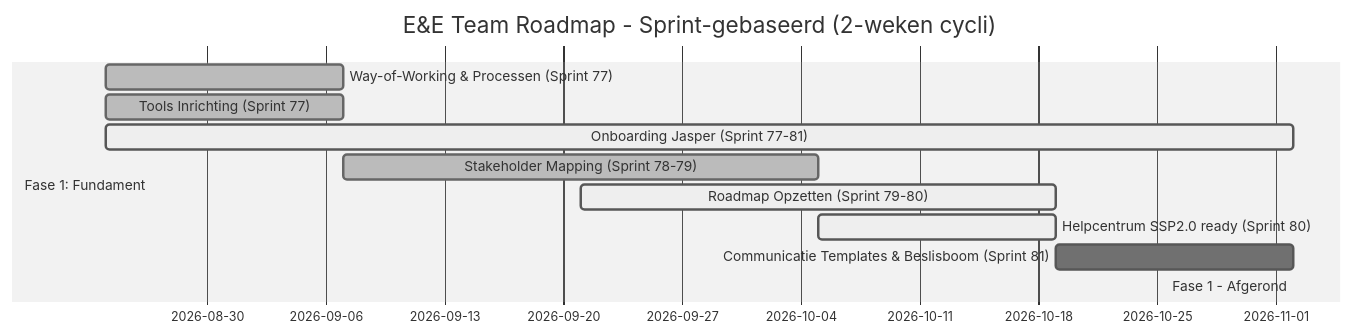
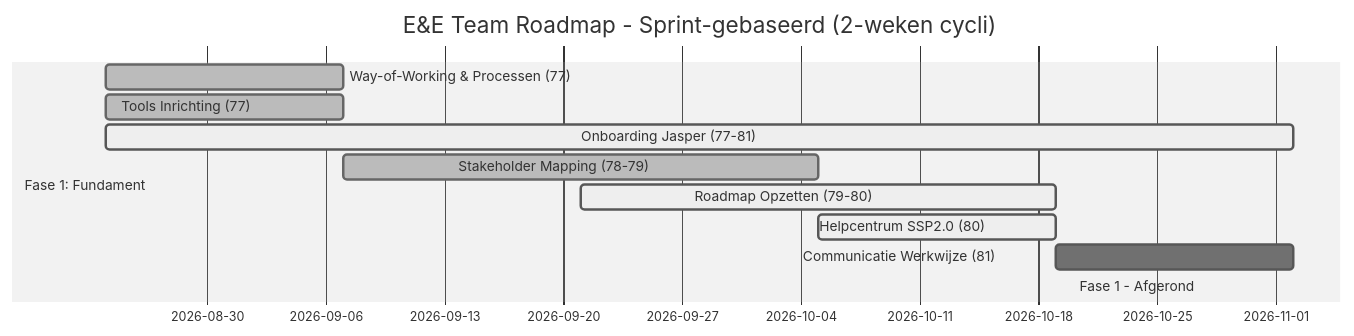
Before and after one commit to hbosscha-personal/enablement-engagement-roadmap: the first of 6 diagrams in ROADMAP.md, drawn with Mermaid (neutral theme). The commit also changed other lines of this file, not shown here.

First line of the commit message:
Refactor roadmap formatting and section details

````diff
--- a/ROADMAP.md
+++ b/ROADMAP.md
@@ -13,24 +14,24 @@
 ```mermaid
 gantt
-    title E&E Team Roadmap - Sprint-gebaseerd (2-weken cycli)
-    dateFormat YYYY-MM-DD
-    todayMarker stroke-width:3px,stroke:#0f0,opacity:0.5
+    title E&E Team Roadmap - Sprint-gebaseerd (2-weken cycli)
+    dateFormat YYYY-MM-DD
+    todayMarker stroke-width:3px,stroke:#0f0,opacity:0.5
 
-    section Fase 1: Fundament
-    Way-of-Working & Processen (Sprint 77)    :done,      p1_wow,    2026-08-24, 2026-09-07
-    Tools Inrichting (Sprint 77)              :done,      p1_tools,  2026-08-24, 2026-09-07
-    Onboarding Jasper (Sprint 77-81)          :active,    p1_onb,    2026-08-24, 2026-11-02
-    Stakeholder Mapping (Sprint 78-79)        :done,      p1_stake,  2026-09-07, 2026-10-05
-    Roadmap Opzetten (Sprint 79-80)           :active,    p1_road,   2026-09-21, 2026-10-19
-    Helpcentrum SSP2.0 ready (Sprint 80)      :active,    p1_ssp,    2026-10-05, 2026-10-19
-    Communicatie Templates & Beslisboom (Sprint 81)    :p1_comm,   2026-10-19, 2026-11-02
-    Fase 1 - Afgerond                         :crit,      p1_gate,   2026-11-02, 2026-11-02
+    section Fase 1: Fundament
+    Way-of-Working & Processen (77)           :done,      p1_wow,    2026-08-24, 2026-09-07
+    Tools Inrichting (77)                     :done,      p1_tools,  2026-08-24, 2026-09-07
+    Onboarding Jasper (77-81)                 :active,    p1_onb,    2026-08-24, 2026-11-02
+    Stakeholder Mapping (78-79)               :done,      p1_stake,  2026-09-07, 2026-10-05
+    Roadmap Opzetten (79-80)                  :active,    p1_road,   2026-09-21, 2026-10-19
+    Helpcentrum SSP2.0 (80)                   :active,    p1_ssp,    2026-10-05, 2026-10-19
+    Communicatie Werkwijze (81)               :p1_comm,   2026-10-19, 2026-11-02
+    Fase 1 - Afgerond                         :crit,      p1_gate,   2026-11-02, 2026-11-02
 
-    section Fase 2: Efficiëntie
+    section Fase 2: Efficiëntie
 
-    section Fase 3: Enablement
+    section Fase 3: Enablement
 
-    section Fase 4: Engagement
+    section Fase 4: Engagement
 
-    section Fase 5: AI & Automatisering
+    section Fase 5: AI & Automatisering
 ```
````
